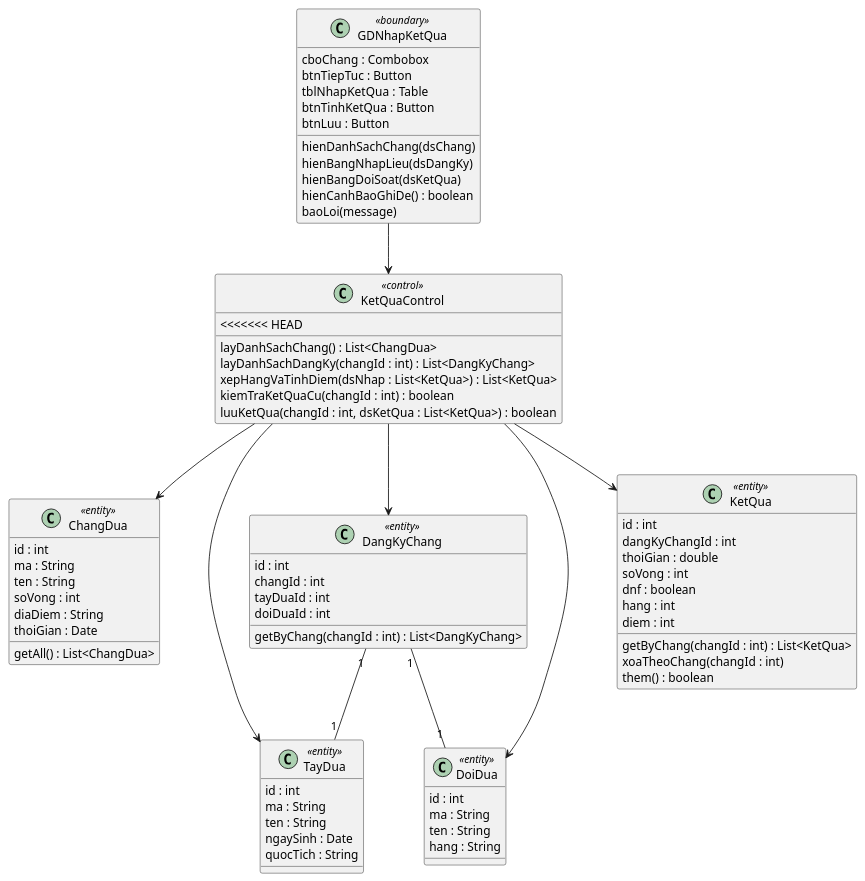
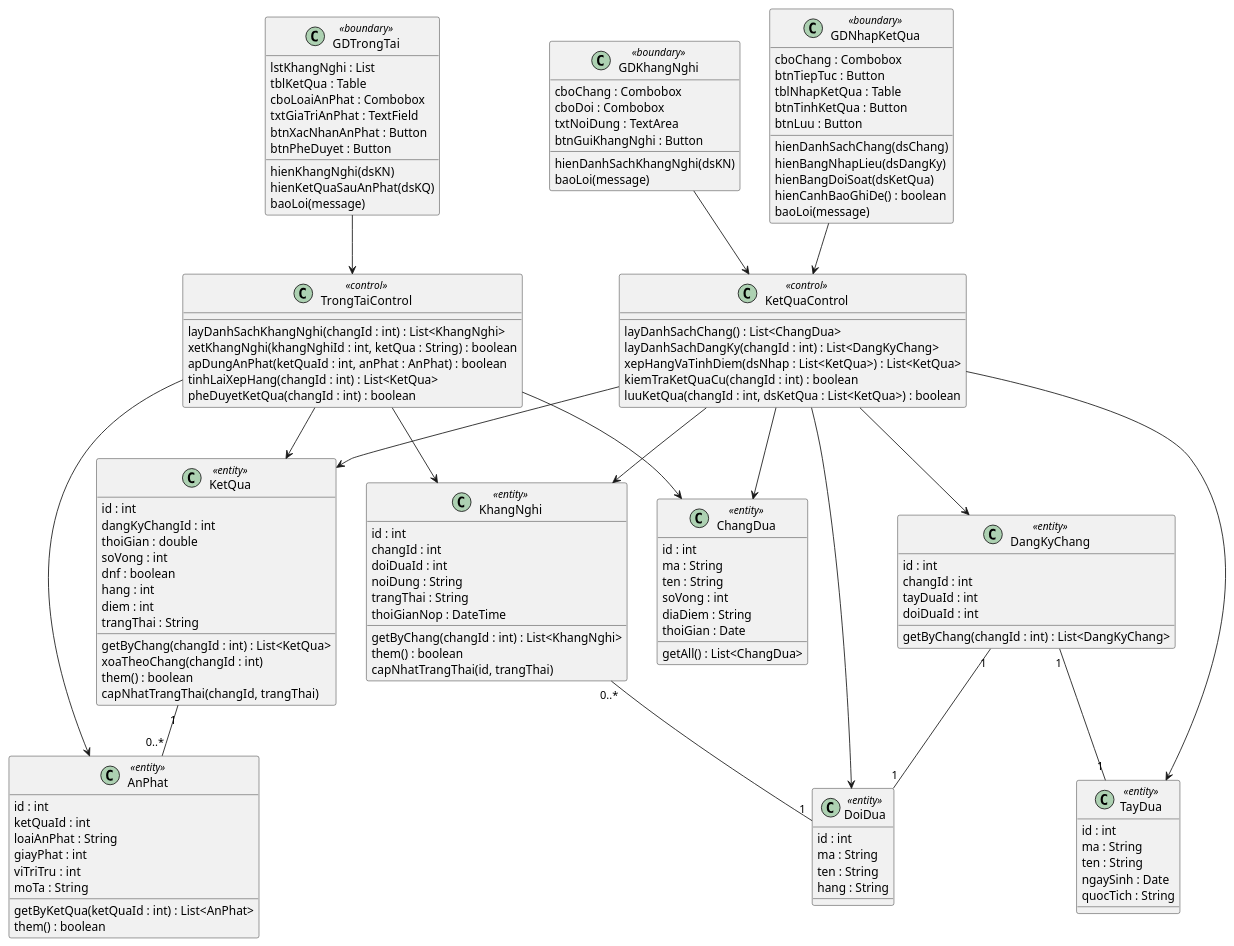
The third of 6 diagrams in Module 3 - Kiet/noi-dung.md (7gho/CNPM-He2026), drawn with PlantUML before and after one commit. The commit also changed other lines of this file and 2 other files, not shown here.

Commit message:
Fix class diagram and add use case diagram

````diff
--- a/Module 3 - Kiet/noi-dung.md
+++ b/Module 3 - Kiet/noi-dung.md
@@ -115,13 +219,41 @@
   baoLoi(message)
 }
 
+class GDKhangNghi <<boundary>> {
+  cboChang : Combobox
+  cboDoi : Combobox
+  txtNoiDung : TextArea
+  btnGuiKhangNghi : Button
+  hienDanhSachKhangNghi(dsKN)
+  baoLoi(message)
+}
+
+class GDTrongTai <<boundary>> {
+  lstKhangNghi : List
+  tblKetQua : Table
+  cboLoaiAnPhat : Combobox
+  txtGiaTriAnPhat : TextField
+  btnXacNhanAnPhat : Button
+  btnPheDuyet : Button
+  hienKhangNghi(dsKN)
+  hienKetQuaSauAnPhat(dsKQ)
+  baoLoi(message)
+}
+
 class KetQuaControl <<control>> {
-<<<<<<< HEAD
   layDanhSachChang() : List<ChangDua>
   layDanhSachDangKy(changId : int) : List<DangKyChang>
   xepHangVaTinhDiem(dsNhap : List<KetQua>) : List<KetQua>
   kiemTraKetQuaCu(changId : int) : boolean
   luuKetQua(changId : int, dsKetQua : List<KetQua>) : boolean
+}
+
+class TrongTaiControl <<control>> {
+  layDanhSachKhangNghi(changId : int) : List<KhangNghi>
+  xetKhangNghi(khangNghiId : int, ketQua : String) : boolean
+  apDungAnPhat(ketQuaId : int, anPhat : AnPhat) : boolean
+  tinhLaiXepHang(changId : int) : List<KetQua>
+  pheDuyetKetQua(changId : int) : boolean
 }
 
 class ChangDua <<entity>> {
@@ -165,18 +297,55 @@
   dnf : boolean
   hang : int
   diem : int
+  trangThai : String
   getByChang(changId : int) : List<KetQua>
   xoaTheoChang(changId : int)
+  them() : boolean
+  capNhatTrangThai(changId, trangThai)
+}
+
+class KhangNghi <<entity>> {
+  id : int
+  changId : int
+  doiDuaId : int
+  noiDung : String
+  trangThai : String
+  thoiGianNop : DateTime
+  getByChang(changId : int) : List<KhangNghi>
+  them() : boolean
+  capNhatTrangThai(id, trangThai)
+}
+
+class AnPhat <<entity>> {
+  id : int
+  ketQuaId : int
+  loaiAnPhat : String
+  giayPhat : int
+  viTriTru : int
+  moTa : String
+  getByKetQua(ketQuaId : int) : List<AnPhat>
   them() : boolean
 }
 
 GDNhapKetQua --> KetQuaControl
+GDKhangNghi --> KetQuaControl
+GDTrongTai --> TrongTaiControl
+
 KetQuaControl --> ChangDua
 KetQuaControl --> DangKyChang
 KetQuaControl --> TayDua
 KetQuaControl --> DoiDua
 KetQuaControl --> KetQua
+KetQuaControl --> KhangNghi
+
+TrongTaiControl --> KhangNghi
+TrongTaiControl --> AnPhat
+TrongTaiControl --> KetQua
+TrongTaiControl --> ChangDua
+
 DangKyChang "1" -- "1" TayDua
 DangKyChang "1" -- "1" DoiDua
+KetQua "1" -- "0..*" AnPhat
+KhangNghi "0..*" -- "1" DoiDua
 @enduml
 ```
````
